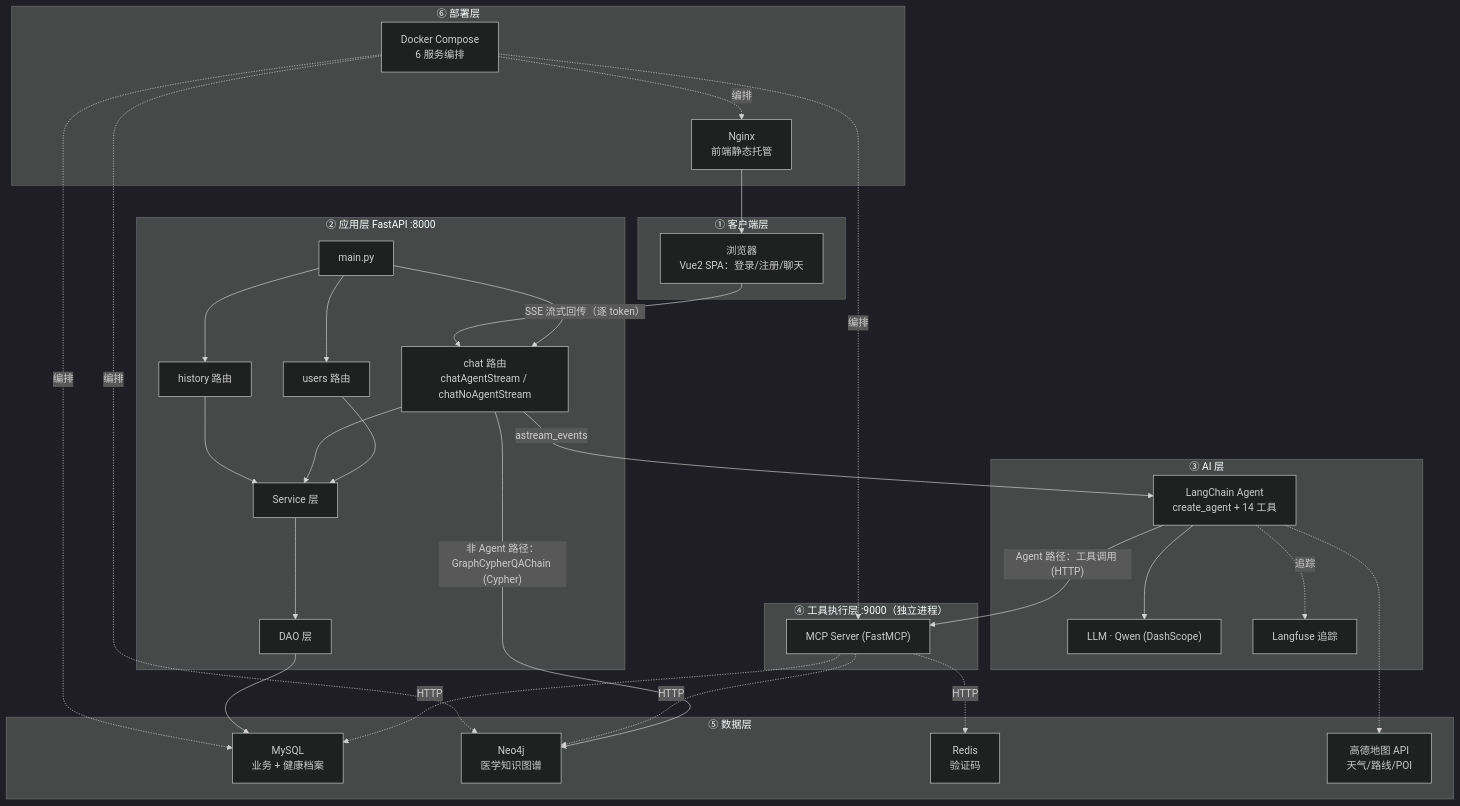
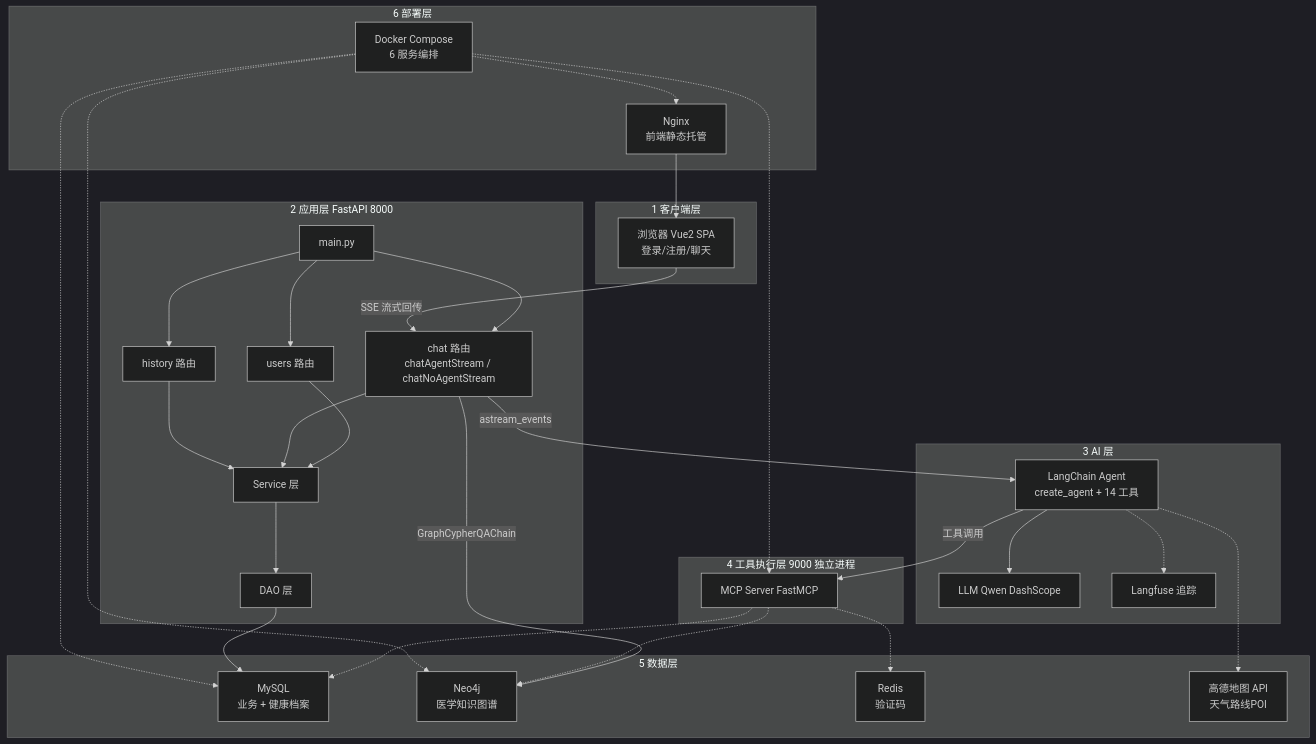
One commit to eszxc1/medical-health-agent changed the diagram in README.md. Above: the diagram before and after it, drawn with Mermaid (dark theme).

Commit message:
fix: 修复 README Mermaid 架构图渲染

````diff
--- a/README.md
+++ b/README.md
@@ -13,59 +13,64 @@
 ```mermaid
 flowchart TD
-    subgraph Client["① 客户端层"]
-        Browser["浏览器<br/>Vue2 SPA：登录/注册/聊天"]
+    subgraph Client["1 客户端层"]
+        Browser["浏览器 Vue2 SPA<br/>登录/注册/聊天"]
     end
 
-    subgraph App["② 应用层 FastAPI :8000"]
+    subgraph App["2 应用层 FastAPI 8000"]
         Main["main.py"]
         R1["users 路由"]
         R2["chat 路由<br/>chatAgentStream / chatNoAgentStream"]
         R3["history 路由"]
         Svc["Service 层"]
         Dao["DAO 层"]
-        Main --> R1 & R2 & R3
-        R1 & R2 & R3 --> Svc --> Dao
+        Main --> R1
+        Main --> R2
+        Main --> R3
+        R1 --> Svc
+        R2 --> Svc
+        R3 --> Svc
+        Svc --> Dao
     end
 
-    subgraph AI["③ AI 层"]
+    subgraph AI["3 AI 层"]
         Agent["LangChain Agent<br/>create_agent + 14 工具"]
-        LLM["LLM · Qwen (DashScope)"]
+        LLM["LLM Qwen DashScope"]
         Langfuse["Langfuse 追踪"]
         Agent --> LLM
-        Agent -.->|追踪| Langfuse
+        Agent -.-> Langfuse
     end
 
-    subgraph MCP["④ 工具执行层 :9000（独立进程）"]
-        MCPsrv["MCP Server (FastMCP)"]
+    subgraph MCP["4 工具执行层 9000 独立进程"]
+        MCPsrv["MCP Server FastMCP"]
     end
 
-    subgraph Data["⑤ 数据层"]
+    subgraph Data["5 数据层"]
         MySQL["MySQL<br/>业务 + 健康档案"]
         Neo4j["Neo4j<br/>医学知识图谱"]
         Redis["Redis<br/>验证码"]
-        Amap["高德地图 API<br/>天气/路线/POI"]
+        Amap["高德地图 API<br/>天气路线POI"]
     end
 
-    subgraph Deploy["⑥ 部署层"]
+    subgraph Deploy["6 部署层"]
         Nginx["Nginx<br/>前端静态托管"]
         Docker["Docker Compose<br/>6 服务编排"]
     end
 
-    Browser -->|"SSE 流式回传（逐 token）"| R2
-    R2 -->|"astream_events"| Agent
+    Browser -->|SSE 流式回传| R2
+    R2 -->|astream_events| Agent
     Nginx --> Browser
 
-    Agent -->|"Agent 路径：工具调用 (HTTP)"| MCPsrv
-    R2 -->|"非 Agent 路径：GraphCypherQAChain (Cypher)"| Neo4j
+    Agent -->|工具调用| MCPsrv
+    R2 -->|GraphCypherQAChain| Neo4j
 
-    MCPsrv -.->|HTTP| MySQL
-    MCPsrv -.->|HTTP| Neo4j
-    MCPsrv -.->|HTTP| Redis
+    MCPsrv -.-> MySQL
+    MCPsrv -.-> Neo4j
+    MCPsrv -.-> Redis
     Agent -.-> Amap
 
     Dao --> MySQL
-    Docker -.->|编排| MCPsrv
-    Docker -.->|编排| MySQL
-    Docker -.->|编排| Neo4j
-    Docker -.->|编排| Nginx
+    Docker -.-> MCPsrv
+    Docker -.-> MySQL
+    Docker -.-> Neo4j
+    Docker -.-> Nginx
 ```
````
